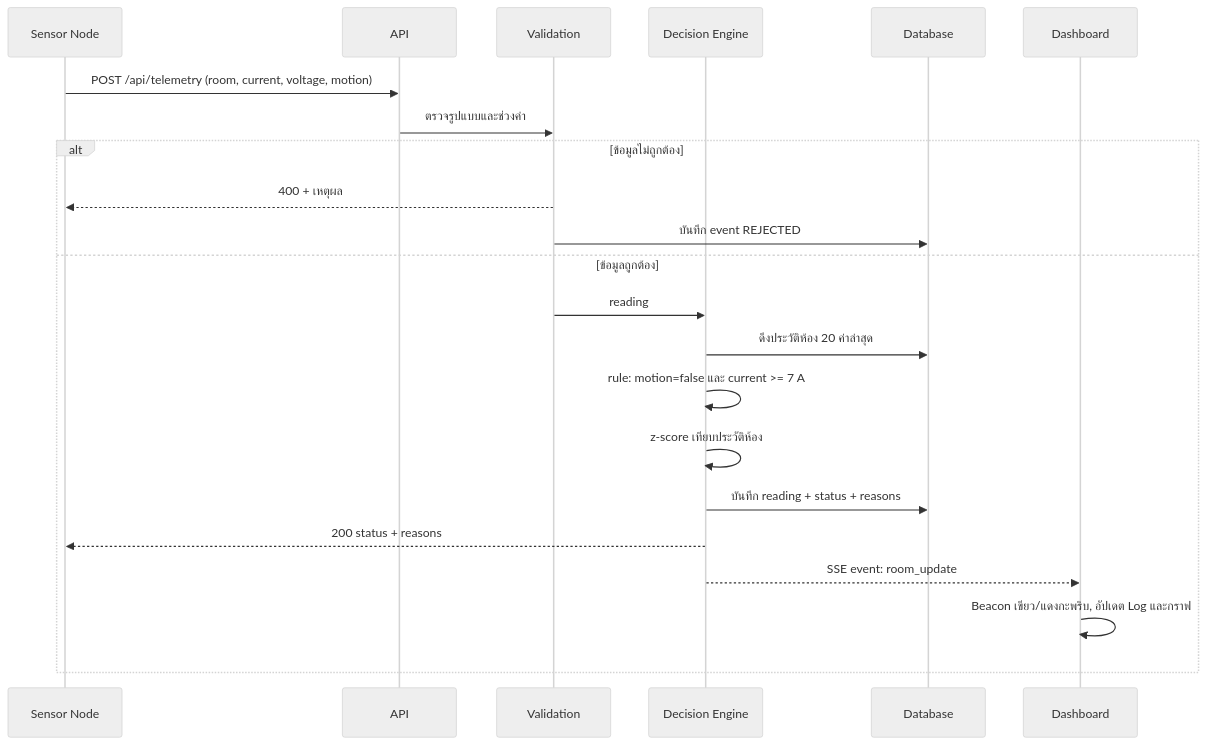
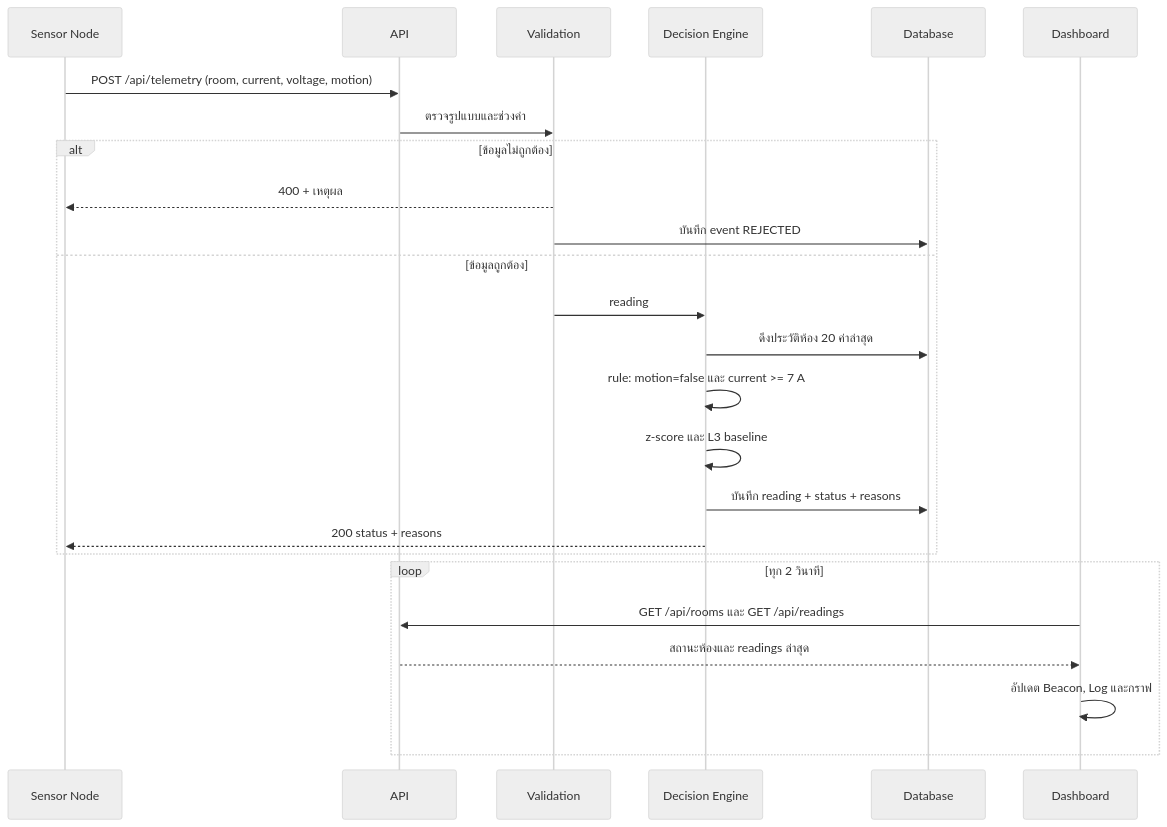
One commit to mntoyg/Projecthamsterhub changed the second of 3 diagrams in project/ARCHITECTURE.md. Above: the diagram before and after it, drawn with Mermaid (neutral theme). The commit also changed other lines of this file and 4 other files, not shown here.

First line of the commit message:
docs: รวม architecture และ DoD ไว้ในเอกสารหลัก

````diff
--- a/project/ARCHITECTURE.md
+++ b/project/ARCHITECTURE.md
@@ -79,25 +79,28 @@
 ```mermaid
 sequenceDiagram
     participant S as Sensor Node
     participant A as API
     participant V as Validation
     participant E as Decision Engine
     participant D as Database
     participant U as Dashboard
 
     S->>A: POST /api/telemetry (room, current, voltage, motion)
     A->>V: ตรวจรูปแบบและช่วงค่า
     alt ข้อมูลไม่ถูกต้อง
         V-->>S: 400 + เหตุผล
         V->>D: บันทึก event REJECTED
     else ข้อมูลถูกต้อง
         V->>E: reading
         E->>D: ดึงประวัติห้อง 20 ค่าล่าสุด
         E->>E: rule: motion=false และ current >= 7 A
-        E->>E: z-score เทียบประวัติห้อง
+        E->>E: z-score และ L3 baseline
         E->>D: บันทึก reading + status + reasons
         E-->>S: 200 status + reasons
-        E-->>U: SSE event: room_update
-        U->>U: Beacon เขียว/แดงกะพริบ, อัปเดต Log และกราฟ
+    end
+    loop ทุก 2 วินาที
+        U->>A: GET /api/rooms และ GET /api/readings
+        A-->>U: สถานะห้องและ readings ล่าสุด
+        U->>U: อัปเดต Beacon, Log และกราฟ
     end
 ```
````
